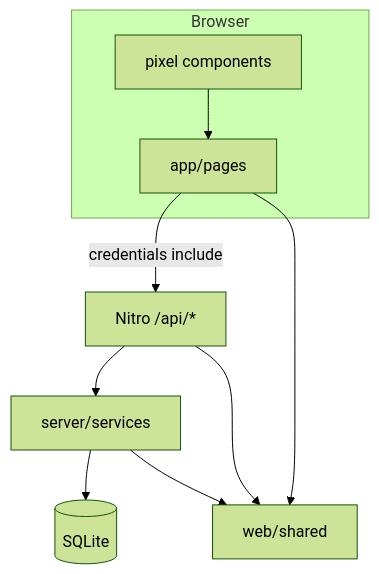
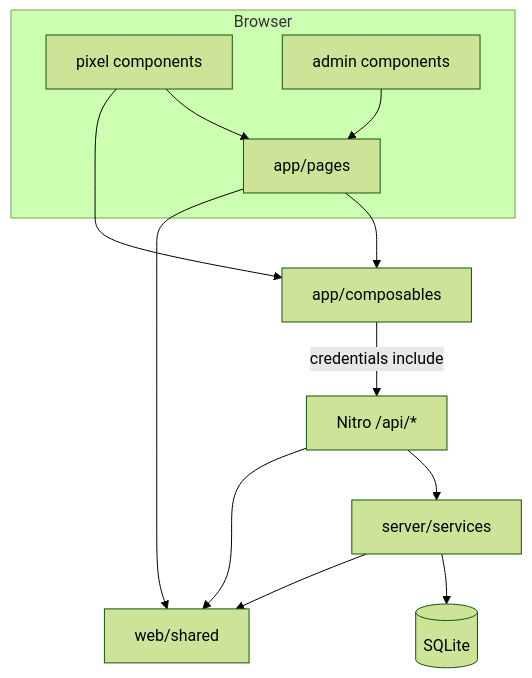
One commit to manuliner/99trees changed the diagram in .vibe/docs/dependency-graph.md. Above: the diagram before and after it, drawn with Mermaid (forest theme). The commit also changed other lines of this file and 6 other files, not shown here.

````diff
--- a/.vibe/docs/dependency-graph.md
+++ b/.vibe/docs/dependency-graph.md
@@ -3,14 +3,18 @@
 ```mermaid
 flowchart TB
   subgraph client [Browser]
     Pages[app/pages]
-    Comp[pixel components]
-    Comp --> Pages
+    Pixel[pixel components]
+    AdminUI[admin components]
+    Pixel --> Pages
+    AdminUI --> Pages
   end
-  Pages -->|credentials include| API[Nitro /api/*]
+  Pages --> Comp[app/composables]
+  Comp -->|credentials include| API[Nitro /api/*]
   API --> Svc[server/services]
   Svc --> DB[(SQLite)]
   Svc --> Shared[web/shared]
   API --> Shared
   Pages --> Shared
+  Pixel --> Comp
 ```
````
